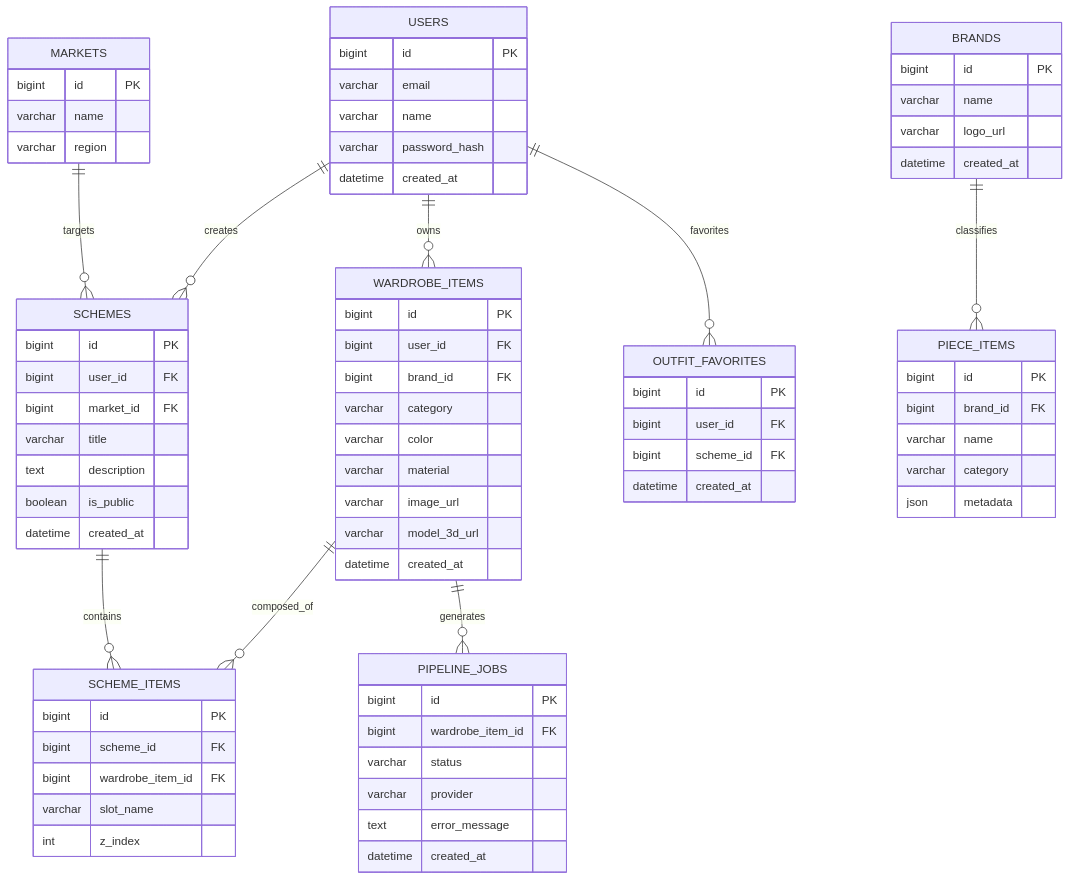
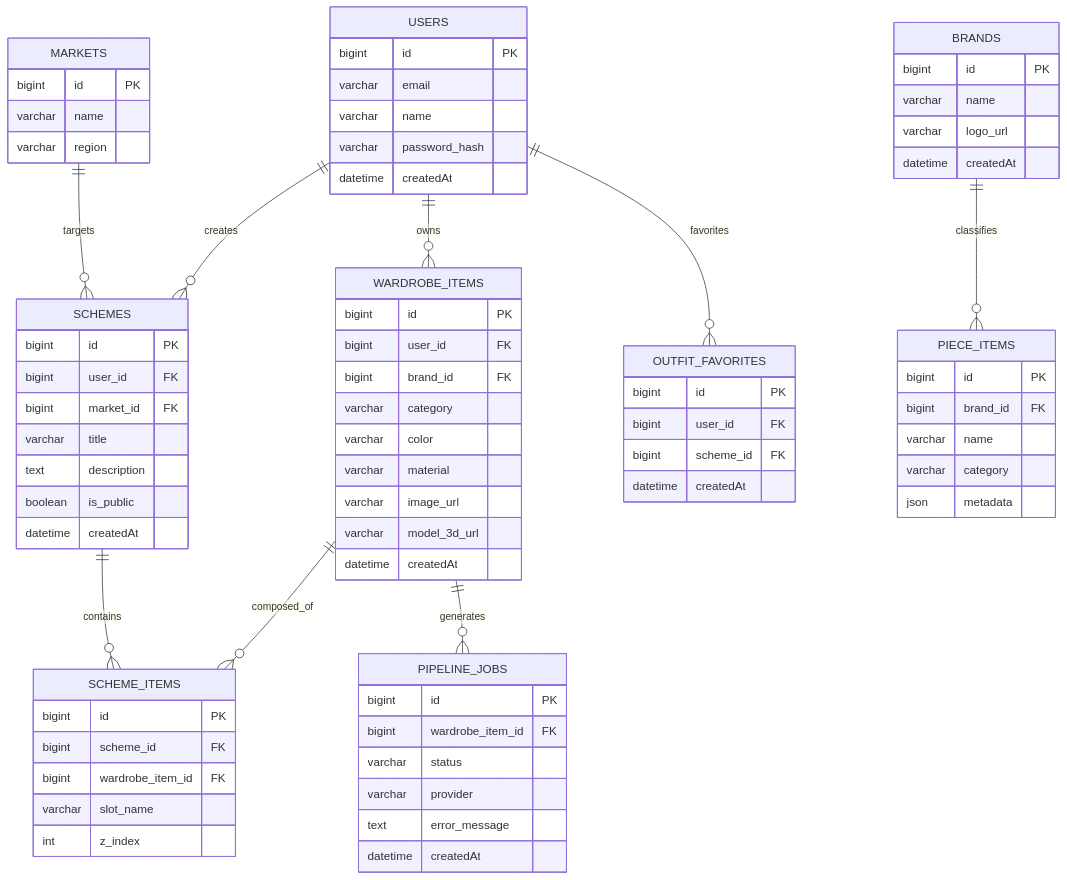
Before and after one commit to MatheusHaliski/SAI-TCC-2026: diagram 11 of 12 in docs/diagramas-completos.md, drawn with Mermaid. The commit also changed 52 other files, not shown here.

````diff
--- a/docs/diagramas-completos.md
+++ b/docs/diagramas-completos.md
@@ -200,14 +200,14 @@
       varchar email
       varchar name
       varchar password_hash
-      datetime created_at
+      datetime createdAt
     }
 
     BRANDS {
       bigint id PK
       varchar name
       varchar logo_url
-      datetime created_at
+      datetime createdAt
     }
 
     MARKETS {
@@ -225,7 +225,7 @@
       varchar material
       varchar image_url
       varchar model_3d_url
-      datetime created_at
+      datetime createdAt
     }
 
     PIECE_ITEMS {
@@ -243,7 +243,7 @@
       varchar title
       text description
       boolean is_public
-      datetime created_at
+      datetime createdAt
     }
 
     SCHEME_ITEMS {
@@ -258,7 +258,7 @@
       bigint id PK
       bigint user_id FK
       bigint scheme_id FK
-      datetime created_at
+      datetime createdAt
     }
 
     PIPELINE_JOBS {
@@ -267,6 +267,6 @@
       varchar status
       varchar provider
       text error_message
-      datetime created_at
+      datetime createdAt
     }
 ```
````
